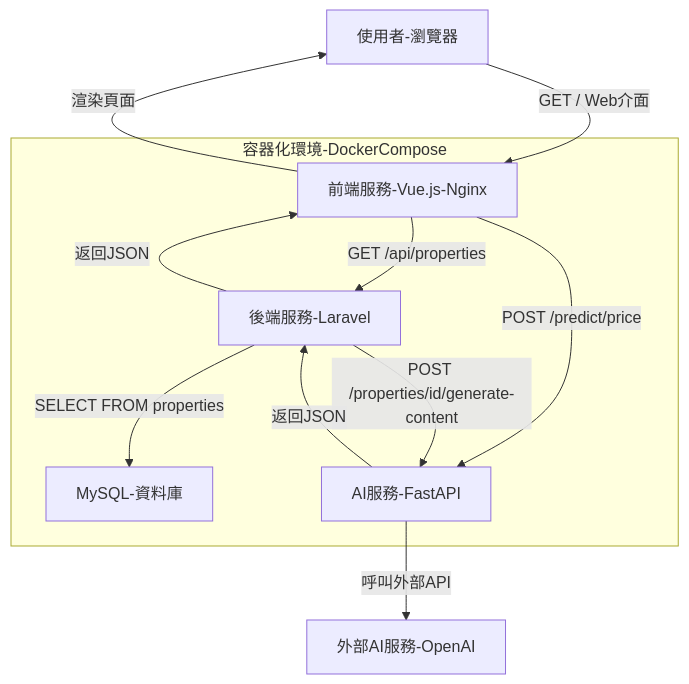
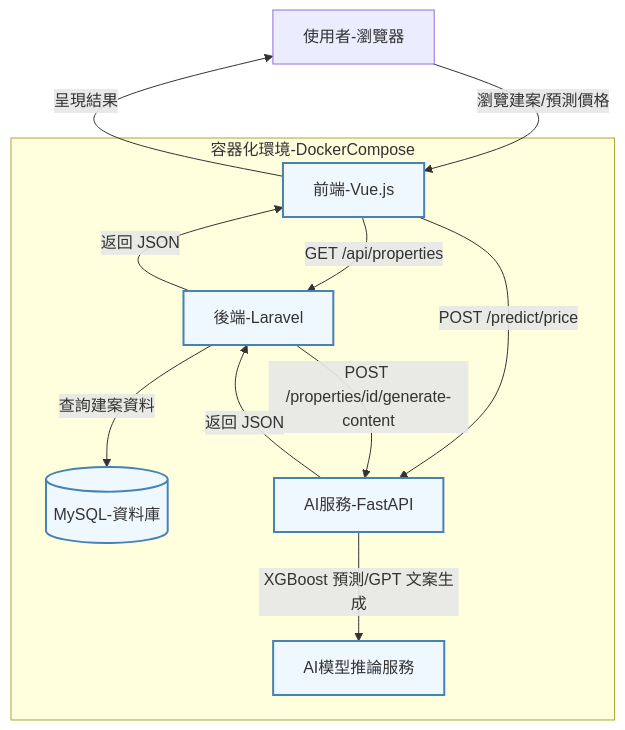
Before and after one commit to BpsEason/smart-realestate-system: the diagram in README.md, drawn with Mermaid.

````diff
--- a/README.md
+++ b/README.md
@@ -27,19 +27,23 @@
 ```mermaid
-graph TD
-    A[使用者-瀏覽器] -->|GET / Web介面| B[前端服務-Vue.js-Nginx]
-    B -->|GET /api/properties| C[後端服務-Laravel]
-    C -->|SELECT FROM properties| D[MySQL-資料庫]
-    B -->|POST /predict/price| E[AI服務-FastAPI]
-    C -->|POST /properties/id/generate-content| E
-    E -->|呼叫外部API| F[外部AI服務-OpenAI]
-    E -->|返回JSON| C
-    C -->|返回JSON| B
-    B -->|渲染頁面| A
+flowchart TD
+    U[使用者-瀏覽器] -->|瀏覽建案/預測價格| VUE[前端-Vue.js]
+    VUE -->|GET /api/properties| LARAVEL[後端-Laravel]
+    LARAVEL -->|查詢建案資料| DB[(MySQL-資料庫)]
+    VUE -->|POST /predict/price| FASTAPI[AI服務-FastAPI]
+    LARAVEL -->|POST /properties/id/generate-content| FASTAPI
+    FASTAPI -->|XGBoost 預測/GPT 文案生成| AIENGINE[AI模型推論服務]
+    FASTAPI -->|返回 JSON| LARAVEL
+    LARAVEL -->|返回 JSON| VUE
+    VUE -->|呈現結果| U
 
     subgraph 容器化環境-DockerCompose
-        B
-        C
-        D
-        E
+        VUE
+        LARAVEL
+        DB
+        FASTAPI
+        AIENGINE
     end
+
+    classDef service fill:#f0f8ff,stroke:#4682b4,stroke-width:2px;
+    class VUE,LARAVEL,FASTAPI,AIENGINE,DB service
 ```
````
